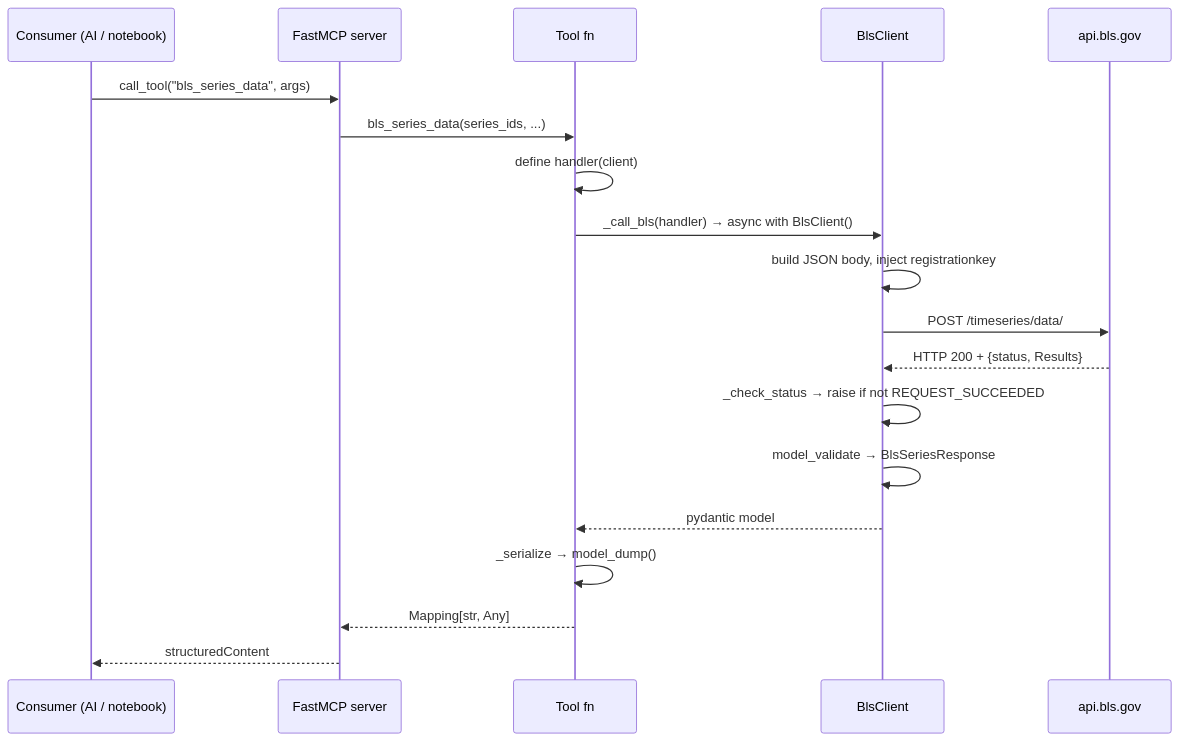
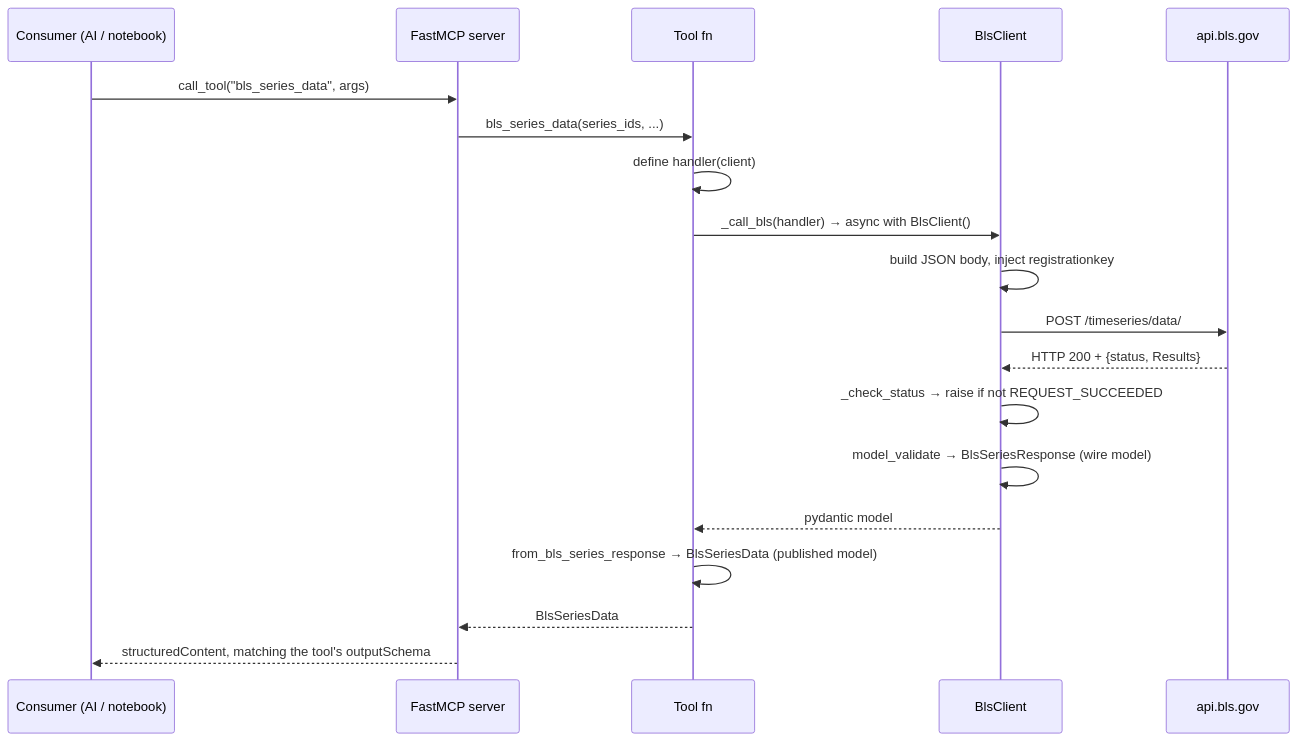
Before and after one commit to glyfish/sefer: the third of 4 diagrams in meida/architecture.md, drawn with Mermaid. The commit also changed other lines of this file and 12 other files, not shown here.

````diff
--- a/meida/architecture.md
+++ b/meida/architecture.md
@@ -114,22 +185,22 @@
 ```mermaid
 sequenceDiagram
     participant C as Consumer (AI / notebook)
     participant S as FastMCP server
     participant T as Tool fn
     participant B as BlsClient
     participant API as api.bls.gov
 
     C->>S: call_tool("bls_series_data", args)
     S->>T: bls_series_data(series_ids, ...)
     T->>T: define handler(client)
     T->>B: _call_bls(handler) → async with BlsClient()
     B->>B: build JSON body, inject registrationkey
     B->>API: POST /timeseries/data/
     API-->>B: HTTP 200 + {status, Results}
     B->>B: _check_status → raise if not REQUEST_SUCCEEDED
-    B->>B: model_validate → BlsSeriesResponse
+    B->>B: model_validate → BlsSeriesResponse (wire model)
     B-->>T: pydantic model
-    T->>T: _serialize → model_dump()
-    T-->>S: Mapping[str, Any]
-    S-->>C: structuredContent
+    T->>T: from_bls_series_response → BlsSeriesData (published model)
+    T-->>S: BlsSeriesData
+    S-->>C: structuredContent, matching the tool's outputSchema
 ```
````
